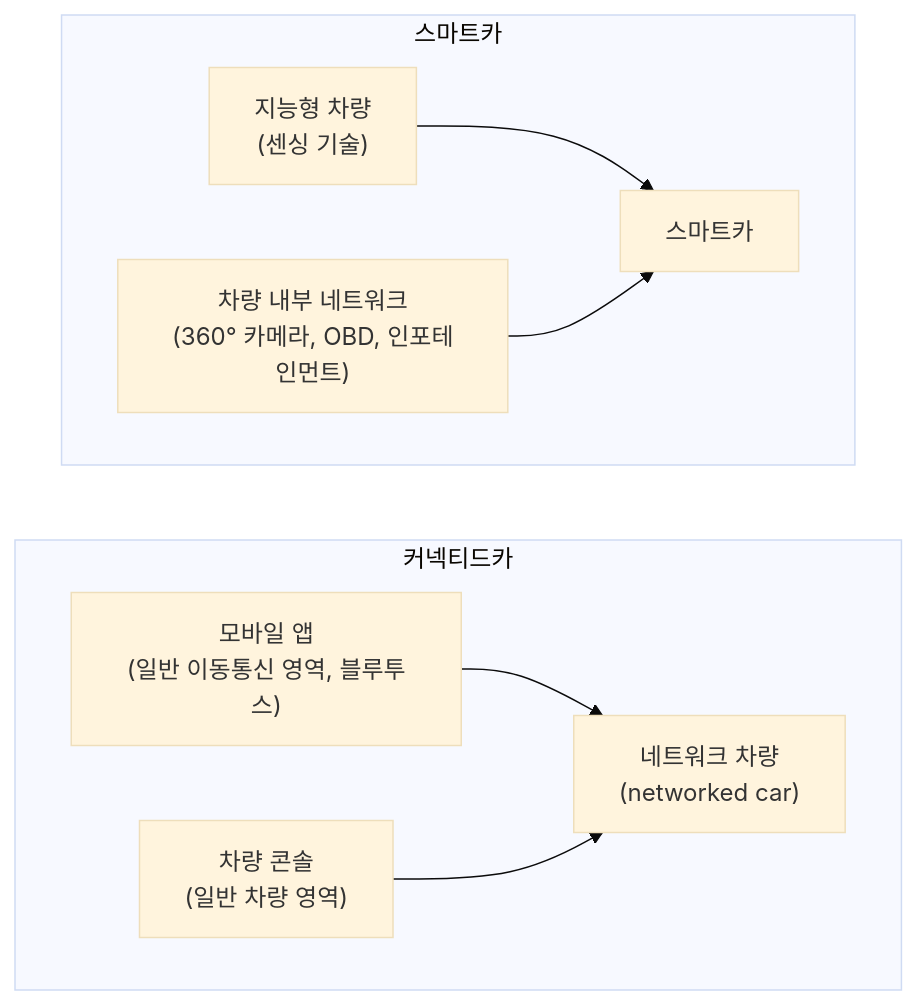
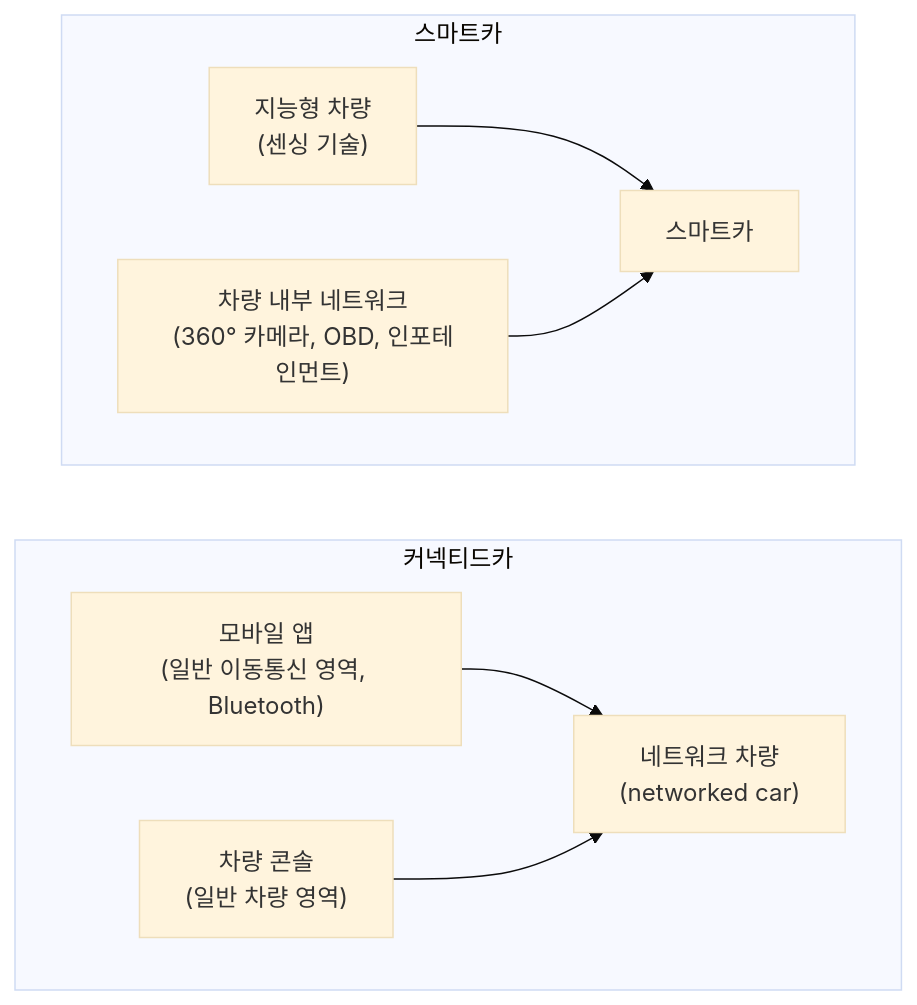
One commit to Choroning/25Spring_Networking-and-Communication-Systems changed the third of 11 diagrams in Lecture-Notes/Week11_Connected-Automated-Driving-and-V2X-Messages/Concepts_Lecture.ko.md. Above: the diagram before and after it, drawn with Mermaid (base theme). The commit also changed other lines of this file and 13 other files, not shown here.

````diff
--- a/Lecture-Notes/Week11_Connected-Automated-Driving-and-V2X-Messages/Concepts_Lecture.ko.md
+++ b/Lecture-Notes/Week11_Connected-Automated-Driving-and-V2X-Messages/Concepts_Lecture.ko.md
@@ -500,13 +500,13 @@
 ```mermaid
 flowchart LR
     subgraph CC["커넥티드카"]
         direction LR
-        M["모바일 앱<br/>(일반 이동통신 영역, 블루투스)"] --> N["네트워크 차량<br/>(networked car)"]
+        M["모바일 앱<br/>(일반 이동통신 영역, Bluetooth)"] --> N["네트워크 차량<br/>(networked car)"]
         C["차량 콘솔<br/>(일반 차량 영역)"] --> N
     end
     subgraph SC["스마트카"]
         direction LR
         IC["지능형 차량<br/>(센싱 기술)"] --> SM["스마트카"]
         IVN["차량 내부 네트워크<br/>(360° 카메라, OBD, 인포테인먼트)"] --> SM
     end
 ```
````
